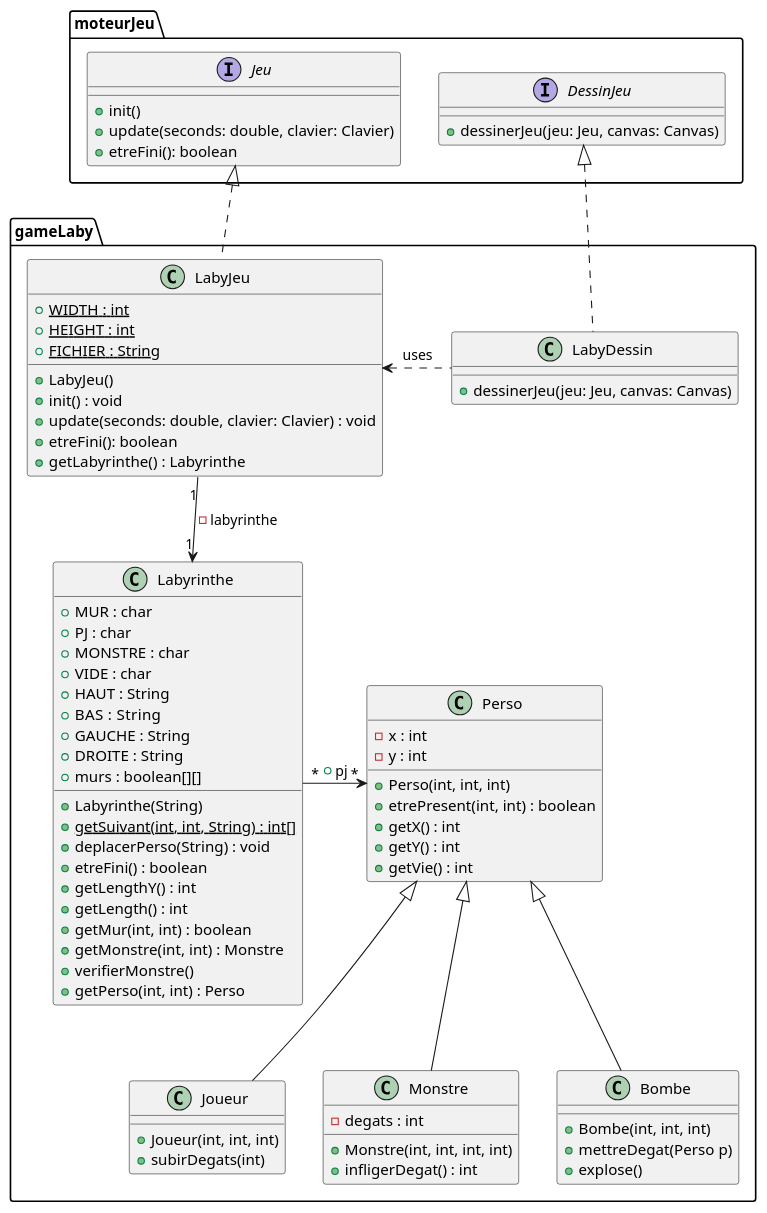
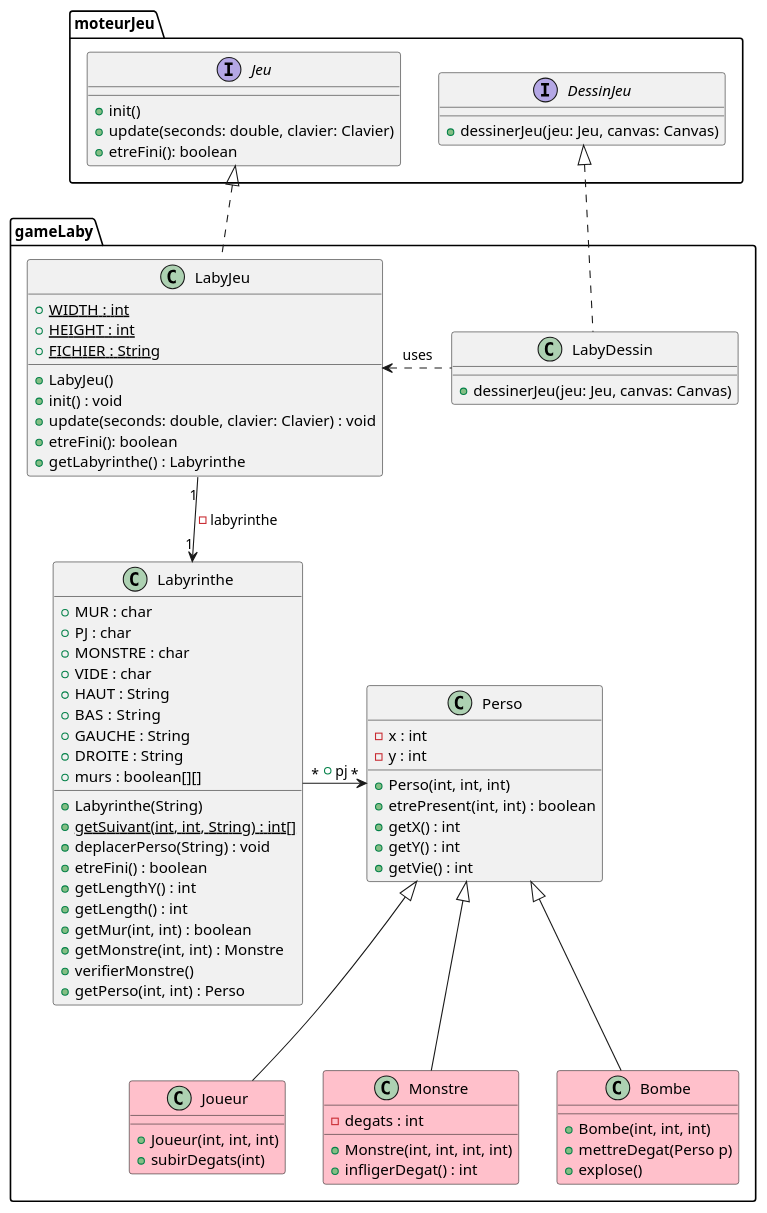
Before and after one commit to Packingdustry/2024_Zeldiablo_massoncl1u_delaborde2u_e2074u_marti1228u_e2920u: the diagram in projet_zeldiablo/documents/version_1/LabyJeu.puml, drawn with PlantUML.

Commit message:
MAJ diagramme de classe 2

```diff
--- a/projet_zeldiablo/documents/version_1/LabyJeu.puml
+++ b/projet_zeldiablo/documents/version_1/LabyJeu.puml
@@ -1,92 +1,92 @@
 @startuml
 package moteurJeu {
 
 interface Jeu{
 + init()
 + update(seconds: double, clavier: Clavier)
 + etreFini(): boolean
 }
 
 
 interface DessinJeu {
 + dessinerJeu(jeu: Jeu, canvas: Canvas)
 }
 }
 
 package gameLaby{
 
 class LabyJeu{
 + {static} WIDTH : int
 + {static} HEIGHT : int
 + {static} FICHIER : String
 + LabyJeu()
 + init() : void
 + update(seconds: double, clavier: Clavier) : void
 + etreFini(): boolean
 + getLabyrinthe() : Labyrinthe
 }
 
 class Labyrinthe {
   + MUR : char
   + PJ : char
   + MONSTRE : char
   + VIDE : char
   + HAUT : String
   + BAS  : String
   + GAUCHE : String
   + DROITE : String
   + murs : boolean[][]
   + Labyrinthe(String)
   + {static} getSuivant(int, int, String) : int[]
   + deplacerPerso(String) : void
   + etreFini() : boolean
   + getLengthY() : int
   + getLength() : int
   + getMur(int, int) : boolean
   + getMonstre(int, int) : Monstre
   + verifierMonstre()
   + getPerso(int, int) : Perso
 }
 
 
 Jeu <|.. LabyJeu
 
 
 LabyJeu "1" --> "1" Labyrinthe : -labyrinthe
 
 
 class LabyDessin{
 + dessinerJeu(jeu: Jeu, canvas: Canvas)
 }
 
 DessinJeu <|.. LabyDessin
 LabyJeu <. LabyDessin:uses
 
 class Perso {
   - x : int
   - y : int
   + Perso(int, int, int)
   + etrePresent(int, int) : boolean
   + getX() : int
   + getY() : int
   + getVie() : int
 }
 
-class Joueur extends Perso{
+class Joueur #pink extends Perso{
   + Joueur(int, int, int)
   + subirDegats(int)
 }
 
-class Monstre extends Perso {
+class Monstre #pink extends Perso {
   - degats : int
   + Monstre(int, int, int, int)
   + infligerDegat() : int
 }
-class Bombe extends Perso {
+class Bombe #pink extends Perso {
   + Bombe(int, int, int)
   + mettreDegat(Perso p)
   + explose()
 }
 Labyrinthe "*" -> "*" Perso : + pj
 }
 @enduml
```
